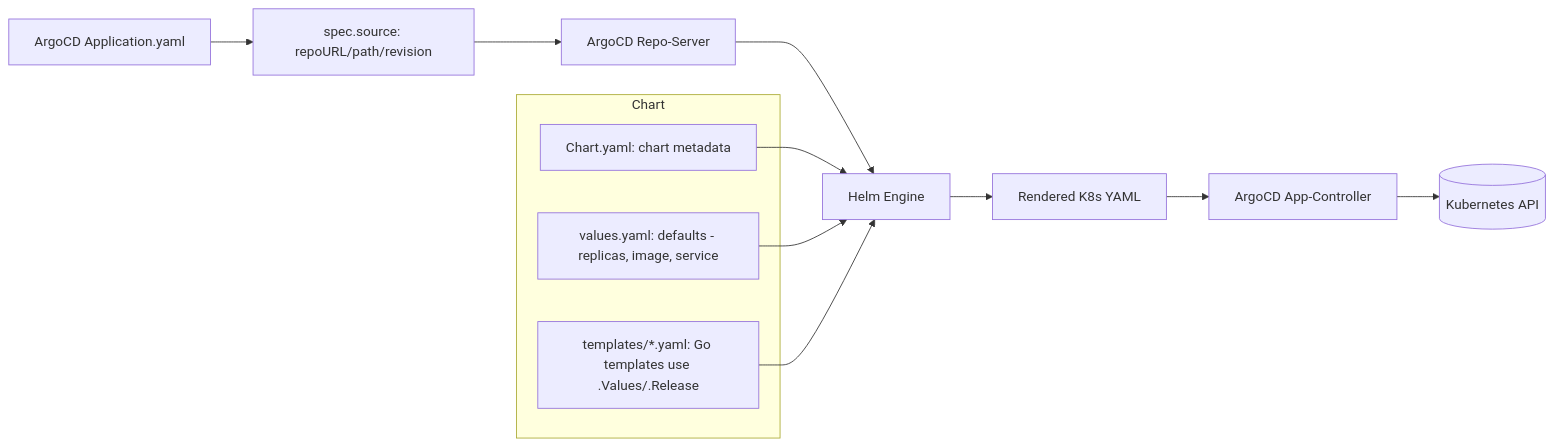
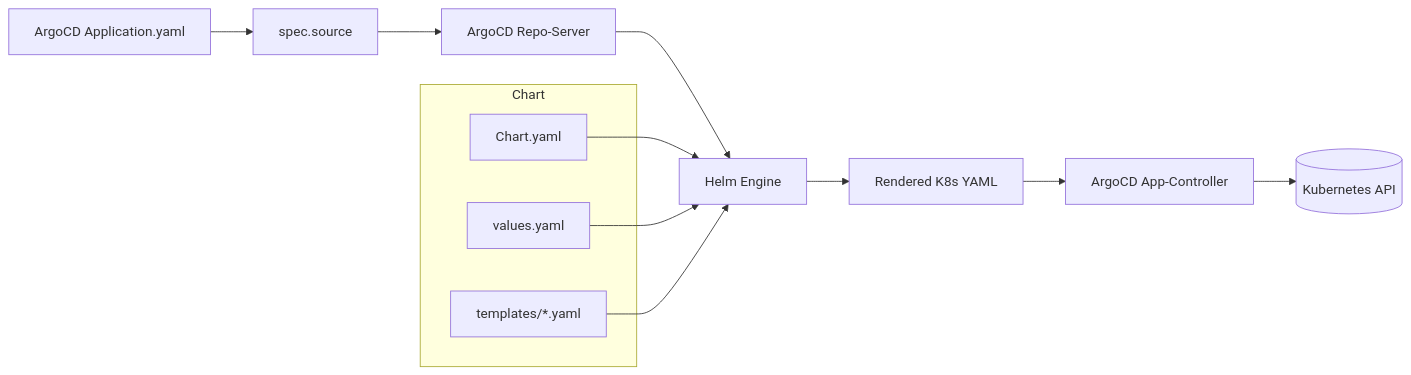
One commit to rachakondasai/sai-demo changed the second of 2 diagrams in README.md. Above: the diagram before and after it, drawn with Mermaid. The commit also changed other lines of this file, not shown here.

````diff
--- a/README.md
+++ b/README.md
@@ -42,19 +49,19 @@
 ```mermaid
 flowchart LR
-    App[ArgoCD Application.yaml] --> SRC[spec.source: repoURL/path/revision]
+    App[ArgoCD Application.yaml] --> SRC[spec.source]
     SRC --> RS[ArgoCD Repo-Server]
     RS --> Helm[Helm Engine]
 
     subgraph Chart
-      ChartY[Chart.yaml: chart metadata]
-      Values[values.yaml: defaults - replicas, image, service]
-      Tpls[templates/*.yaml: Go templates use .Values/.Release]
+      ChartY[Chart.yaml]
+      Values[values.yaml]
+      Tpls[templates/*.yaml]
     end
 
     ChartY --> Helm
     Values --> Helm
     Tpls --> Helm
 
     Helm --> Manifests[Rendered K8s YAML]
     Manifests --> AC[ArgoCD App-Controller] --> API[(Kubernetes API)]
 ```
````
